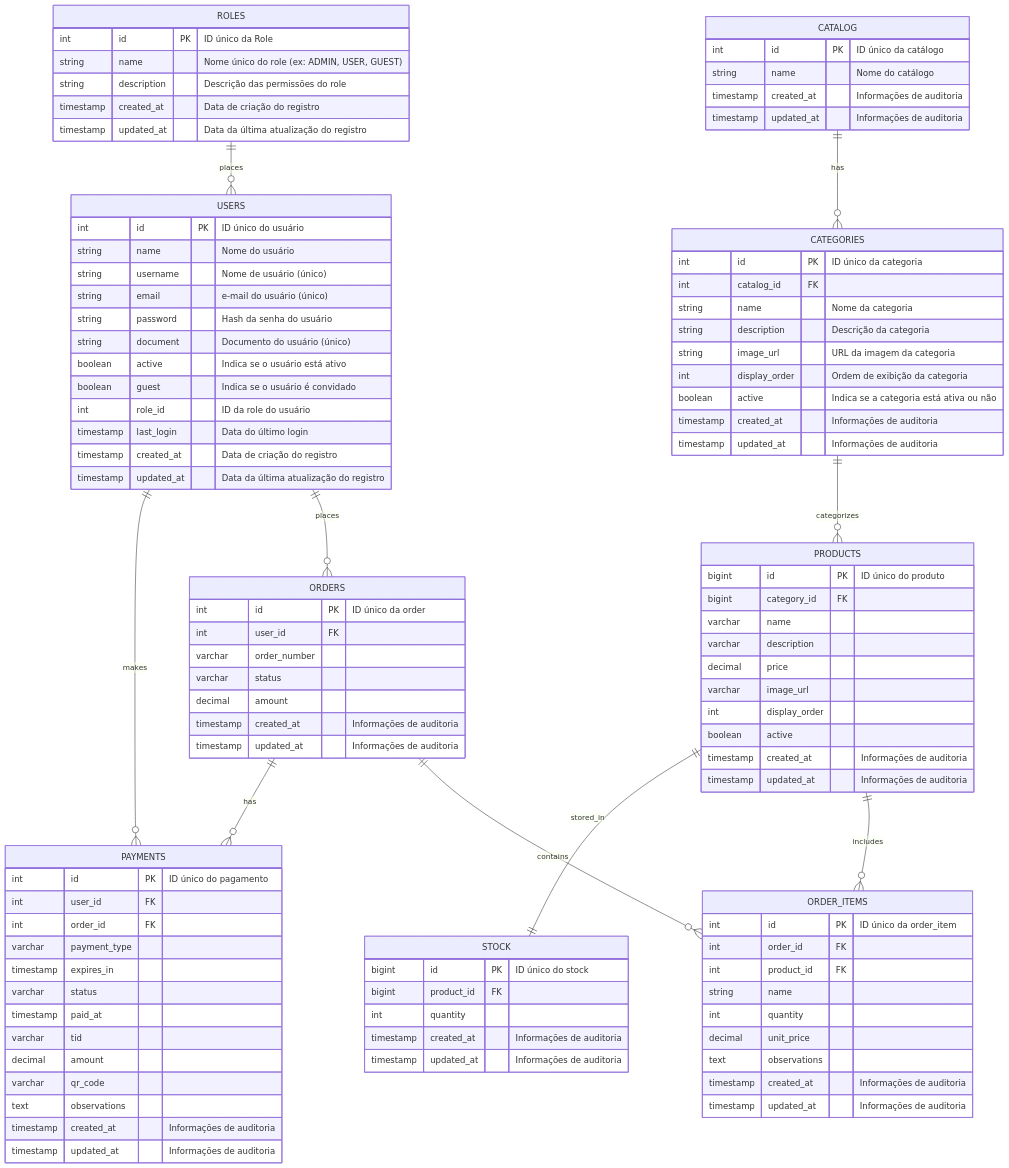
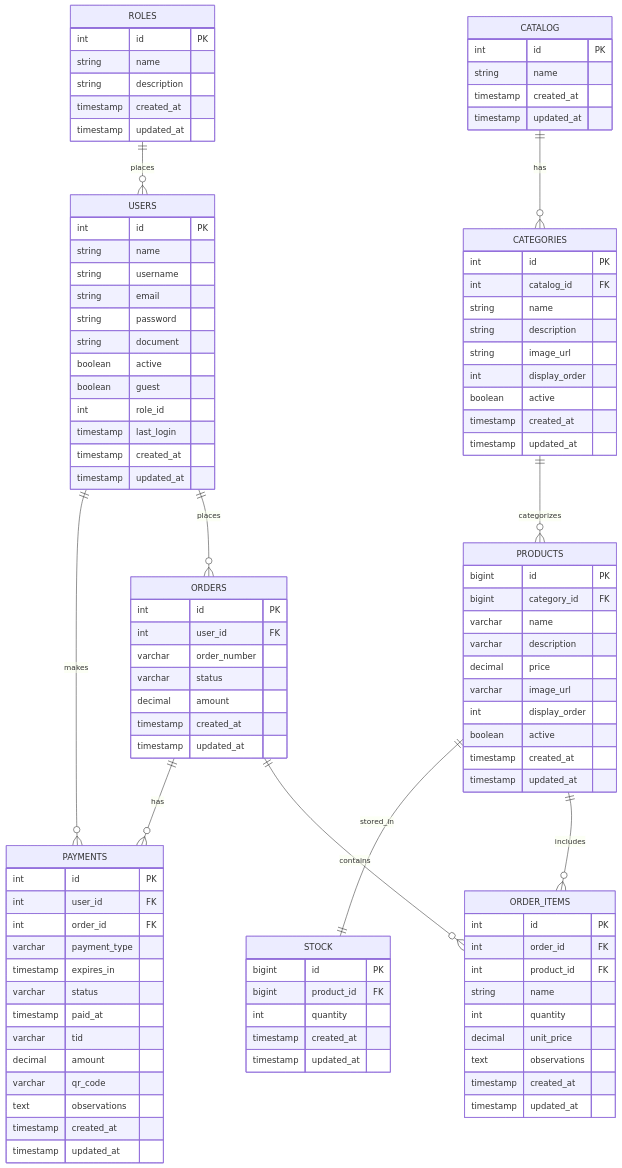
Before and after one commit to FIAP-SOAT-TECH-TEAM/foodcore-api: the fourth of 7 diagrams in README.md, drawn with Mermaid.

Commit message:
docs: arruma a documentação

````diff
--- a/README.md
+++ b/README.md
@@ -251,72 +251,73 @@
     CATALOG ||--o{ CATEGORIES : has
     CATEGORIES ||--o{ PRODUCTS : categorizes
     ORDERS ||--o{ PAYMENTS : has
+
     USERS {
-        int id PK "ID único do usuário"
-        string name "Nome do usuário"
-        string username "Nome de usuário (único)"
-        string email "e-mail do usuário (único)"
-        string password "Hash da senha do usuário"
-        string document "Documento do usuário (único)"
-        boolean active "Indica se o usuário está ativo"
-        boolean guest "Indica se o usuário é convidado"
-        int role_id "ID da role do usuário"
-        timestamp last_login "Data do último login"
-        timestamp created_at "Data de criação do registro"
-        timestamp updated_at "Data da última atualização do registro"
+        int id PK
+        string name
+        string username
+        string email
+        string password
+        string document
+        boolean active
+        boolean guest
+        int role_id
+        timestamp last_login
+        timestamp created_at
+        timestamp updated_at
     }
 
     ROLES {
-        int id PK "ID único da Role"
-        string name "Nome único do role (ex: ADMIN, USER, GUEST)"
-        string description "Descrição das permissões do role"
-        timestamp created_at "Data de criação do registro"
-        timestamp updated_at "Data da última atualização do registro"
+        int id PK
+        string name
+        string description
+        timestamp created_at
+        timestamp updated_at
     }
 
     ORDERS {
-        int id PK "ID único da order"
+        int id PK
         int user_id FK
         varchar order_number
         varchar status
         decimal amount
-        timestamp created_at "Informações de auditoria"
-        timestamp updated_at "Informações de auditoria"
+        timestamp created_at
+        timestamp updated_at
     }
 
     ORDER_ITEMS {
-        int id PK "ID único da order_item"
+        int id PK
         int order_id FK
         int product_id FK
         string name
         int quantity
         decimal unit_price
         text observations
-        timestamp created_at "Informações de auditoria"
-        timestamp updated_at "Informações de auditoria"
+        timestamp created_at
+        timestamp updated_at
     }
 
-    CATALOG{
-        int id PK "ID único da catálogo"
-        string name "Nome do catálogo"
-        timestamp created_at "Informações de auditoria"
-        timestamp updated_at "Informações de auditoria"
+    CATALOG {
+        int id PK
+        string name
+        timestamp created_at
+        timestamp updated_at
     }
 
-    CATEGORIES{
-        int id PK "ID único da categoria"
+    CATEGORIES {
+        int id PK
         int catalog_id FK
-        string name "Nome da categoria"
-        string description "Descrição da categoria"
-        string image_url "URL da imagem da categoria"
-        int display_order "Ordem de exibição da categoria"
-        boolean active "Indica se a categoria está ativa ou não"
-        timestamp created_at "Informações de auditoria"
-        timestamp updated_at "Informações de auditoria"
+        string name
+        string description
+        string image_url
+        int display_order
+        boolean active
+        timestamp created_at
+        timestamp updated_at
     }
 
     PRODUCTS {
-        bigint id PK "ID único do produto"
+        bigint id PK
         bigint category_id FK
         varchar name
         varchar description
@@ -324,20 +325,20 @@
         varchar image_url
         int display_order
         boolean active
-        timestamp created_at "Informações de auditoria"
-        timestamp updated_at "Informações de auditoria"
+        timestamp created_at
+        timestamp updated_at
     }
 
     STOCK {
-        bigint id PK "ID único do stock"
+        bigint id PK
         bigint product_id FK
         int quantity
-        timestamp created_at "Informações de auditoria"
-        timestamp updated_at "Informações de auditoria"
+        timestamp created_at
+        timestamp updated_at
     }
 
     PAYMENTS {
-        int id PK "ID único do pagamento"
+        int id PK
         int user_id FK
         int order_id FK
         varchar payment_type
@@ -348,9 +349,8 @@
         decimal amount
         varchar qr_code
         text observations
-        timestamp created_at "Informações de auditoria"
-        timestamp updated_at "Informações de auditoria"
+        timestamp created_at
+        timestamp updated_at
     }
 
-
 ```
````
